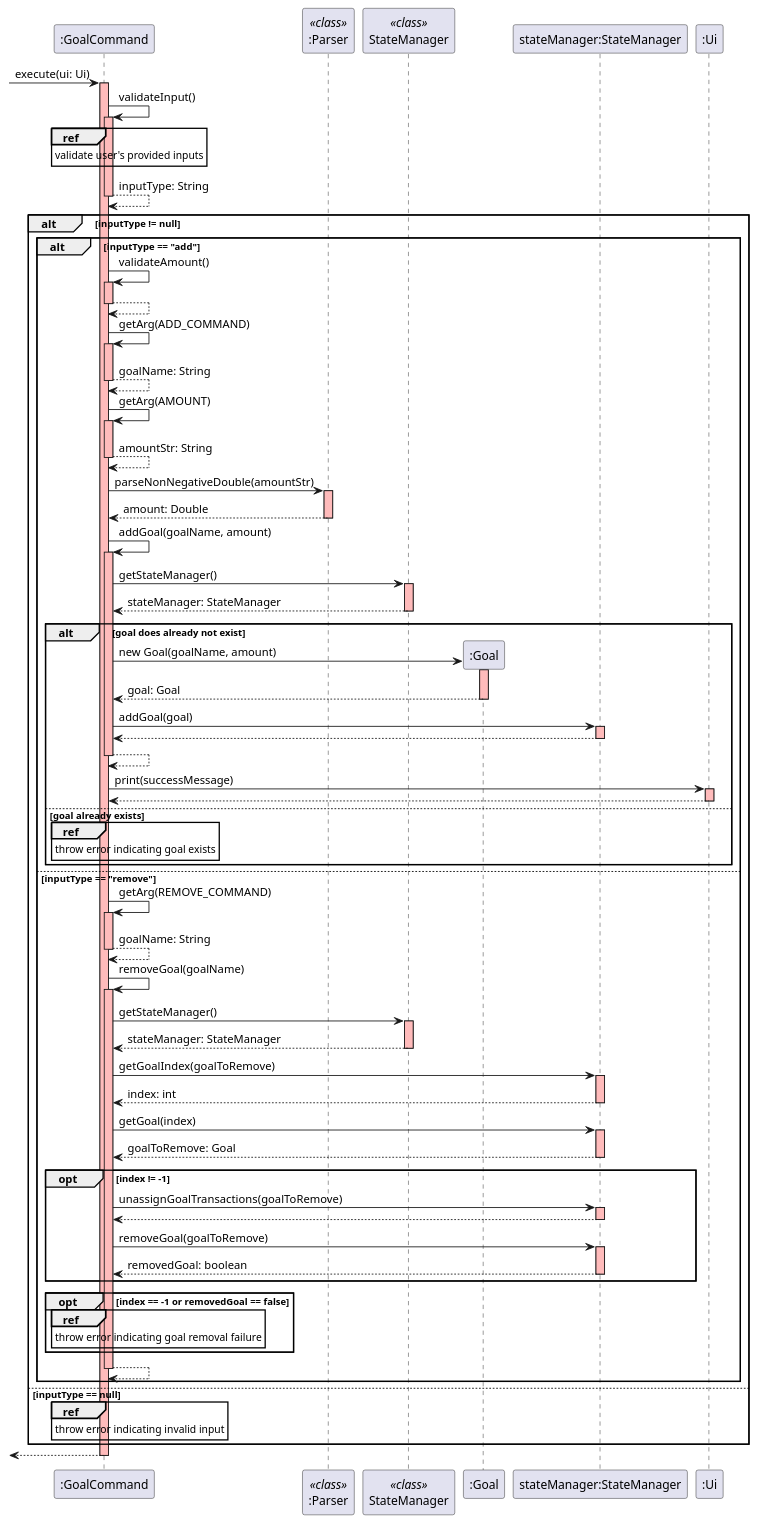
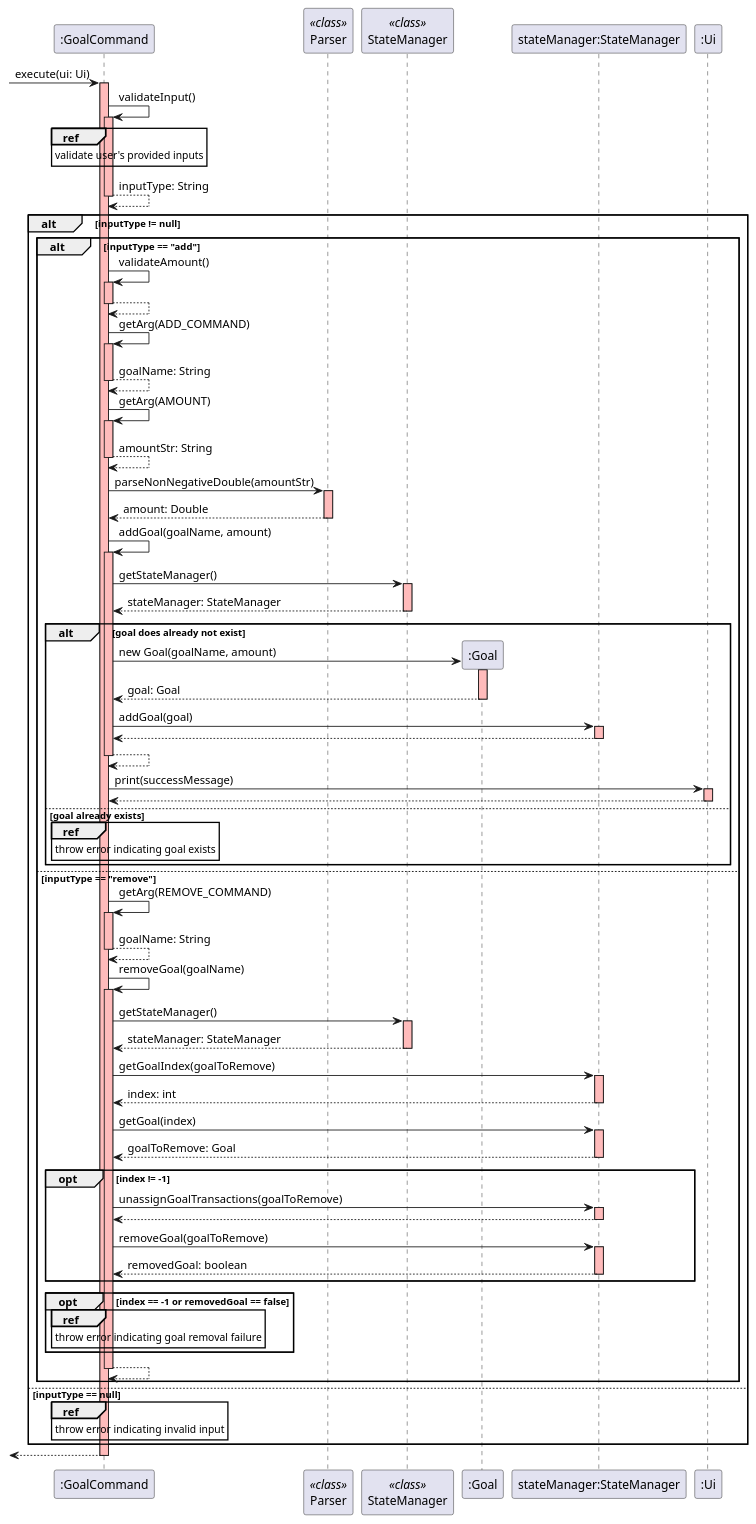
One commit to sRanay/tp changed the diagram in docs/diagrams/goal-feature-sequence.puml. Above: the diagram before and after it, drawn with PlantUML. The commit also changed 1 other file, not shown here.

Commit message:
Correct parser in goal sequence diagram

```diff
--- a/docs/diagrams/goal-feature-sequence.puml
+++ b/docs/diagrams/goal-feature-sequence.puml
@@ -1,99 +1,99 @@
 @startuml
 -> ":GoalCommand": execute(ui: Ui)
 activate ":GoalCommand" #FFBBBB
 
 ":GoalCommand" -> ":GoalCommand": validateInput()
 activate ":GoalCommand" #FFBBBB
 ref over ":GoalCommand": validate user's provided inputs
 ":GoalCommand" --> ":GoalCommand": inputType: String
 deactivate
 
 alt inputType != null
     alt inputType == "add"
         ":GoalCommand" -> ":GoalCommand": validateAmount()
         activate ":GoalCommand" #FFBBBB
         ":GoalCommand" --> ":GoalCommand"
         deactivate
         ":GoalCommand" -> ":GoalCommand": getArg(ADD_COMMAND)
         activate ":GoalCommand" #FFBBBB
         ":GoalCommand" --> ":GoalCommand": goalName: String
         deactivate
-        participant ":Parser" <<class>>
+        participant "Parser" <<class>>
         ":GoalCommand" -> ":GoalCommand": getArg(AMOUNT)
         activate ":GoalCommand" #FFBBBB
         ":GoalCommand" --> ":GoalCommand": amountStr: String
         deactivate
-        ":GoalCommand" -> ":Parser": parseNonNegativeDouble(amountStr)
-        activate ":Parser" #FFBBBB
-        ":Parser" --> ":GoalCommand": amount: Double
+        ":GoalCommand" -> "Parser": parseNonNegativeDouble(amountStr)
+        activate "Parser" #FFBBBB
+        "Parser" --> ":GoalCommand": amount: Double
         deactivate
 
         ":GoalCommand" -> ":GoalCommand": addGoal(goalName, amount)
         activate ":GoalCommand" #FFBBBB
         participant "StateManager" <<class>>
         ":GoalCommand" -> "StateManager": getStateManager()
         activate "StateManager" #FFBBBB
         "StateManager" --> ":GoalCommand": stateManager: StateManager
         deactivate
         alt goal does already not exist
             create ":Goal"
             ":GoalCommand" -> ":Goal": new Goal(goalName, amount)
             activate ":Goal" #FFBBBB
             ":Goal" --> ":GoalCommand": goal: Goal
             deactivate
             ":GoalCommand" -> "stateManager:StateManager": addGoal(goal)
             activate "stateManager:StateManager" #FFBBBB
             "stateManager:StateManager" --> ":GoalCommand"
             deactivate
             ":GoalCommand" --> ":GoalCommand"
             deactivate
             ":GoalCommand" -> ":Ui": print(successMessage)
             activate ":Ui" #FFBBBB
             ":Ui" --> ":GoalCommand"
             deactivate
             else goal already exists
             ref over ":GoalCommand": throw error indicating goal exists
         end
     else inputType == "remove"
         ":GoalCommand" -> ":GoalCommand": getArg(REMOVE_COMMAND)
         activate ":GoalCommand" #FFBBBB
         ":GoalCommand" --> ":GoalCommand": goalName: String
         deactivate
 
         ":GoalCommand" -> ":GoalCommand": removeGoal(goalName)
         activate ":GoalCommand" #FFBBBB
         ":GoalCommand" -> "StateManager": getStateManager()
         activate "StateManager" #FFBBBB
         "StateManager" --> ":GoalCommand": stateManager: StateManager
         deactivate
        ":GoalCommand" -> "stateManager:StateManager": getGoalIndex(goalToRemove)
         activate "stateManager:StateManager" #FFBBBB
         "stateManager:StateManager" --> ":GoalCommand": index: int
         deactivate
         ":GoalCommand" -> "stateManager:StateManager": getGoal(index)
         activate "stateManager:StateManager" #FFBBBB
         "stateManager:StateManager" --> ":GoalCommand": goalToRemove: Goal
         deactivate
         opt index != -1
             ":GoalCommand" -> "stateManager:StateManager": unassignGoalTransactions(goalToRemove)
             activate "stateManager:StateManager" #FFBBBB
             "stateManager:StateManager" --> ":GoalCommand":
             deactivate
             ":GoalCommand" -> "stateManager:StateManager": removeGoal(goalToRemove)
             activate "stateManager:StateManager" #FFBBBB
             "stateManager:StateManager" --> ":GoalCommand": removedGoal: boolean
             deactivate
         end
         opt index == -1 or removedGoal == false
             ref over ":GoalCommand": throw error indicating goal removal failure
         end
         ":GoalCommand" --> ":GoalCommand"
         deactivate
     end
 else inputType == null
     ref over ":GoalCommand": throw error indicating invalid input
 end
 
 <-- ":GoalCommand"
 deactivate
 @enduml
```
